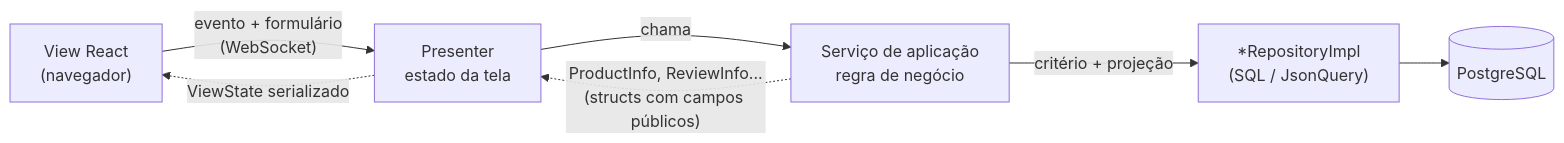
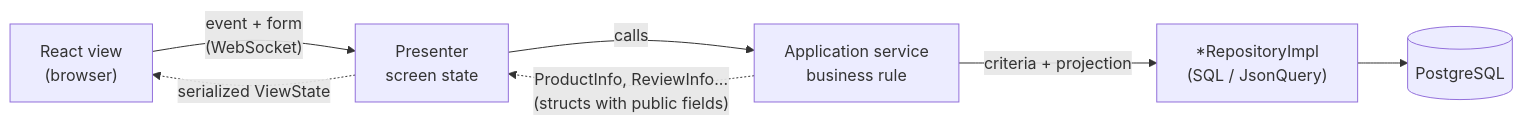
One commit to mrcdom/wdc-cube-php changed the diagram in docs/dev/application-service.md. Above: the diagram before and after it, drawn with Mermaid. The commit also changed other lines of this file and 303 other files, not shown here.

````diff
--- a/docs/dev/application-service.md
+++ b/docs/dev/application-service.md
@@ -72,9 +76,9 @@
 ```mermaid
 flowchart LR
-    V["View React<br/>(navegador)"] -- "evento + formulário<br/>(WebSocket)" --> P["Presenter<br/>estado da tela"]
-    P -- "chama" --> S["Serviço de aplicação<br/>regra de negócio"]
-    S -- "critério + projeção" --> RI["*RepositoryImpl<br/>(SQL / JsonQuery)"]
+    V["React view<br/>(browser)"] -- "event + form<br/>(WebSocket)" --> P["Presenter<br/>screen state"]
+    P -- "calls" --> S["Application service<br/>business rule"]
+    S -- "criteria + projection" --> RI["*RepositoryImpl<br/>(SQL / JsonQuery)"]
     RI --> DB[("PostgreSQL")]
-    S -. "ProductInfo, ReviewInfo...<br/>(structs com campos públicos)" .-> P
-    P -. "ViewState serializado" .-> V
+    S -. "ProductInfo, ReviewInfo...<br/>(structs with public fields)" .-> P
+    P -. "serialized ViewState" .-> V
 ```
````
